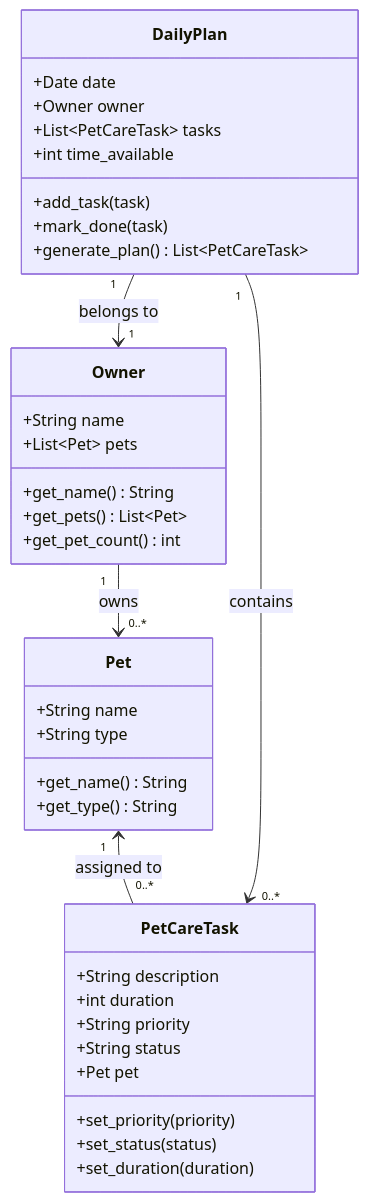
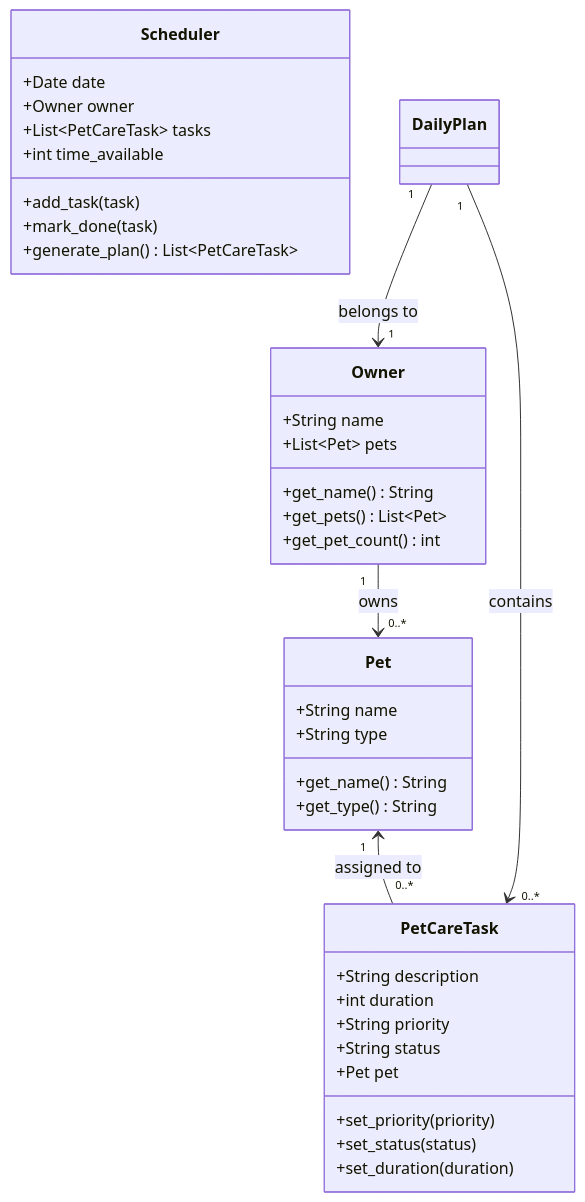
Before and after one commit to stephanyTF/wk4-pawPal: the diagram in mermaid file uml.md, drawn with Mermaid. The commit also changed 1 other file, not shown here.

Commit message:
added pawpal py

````diff
--- a/mermaid file uml.md
+++ b/mermaid file uml.md
@@ -1,43 +1,43 @@
 ```mermaid
 classDiagram
     class Owner {
         +String name
         +List~Pet~ pets
         +get_name() String
         +get_pets() List~Pet~
         +get_pet_count() int
     }
 
     class Pet {
         +String name
         +String type
         +get_name() String
         +get_type() String
     }
 
     class PetCareTask {
         +String description
         +int duration
         +String priority
         +String status
         +Pet pet
         +set_priority(priority)
         +set_status(status)
         +set_duration(duration)
     }
 
-    class DailyPlan {
+    class Scheduler {
         +Date date
         +Owner owner
         +List~PetCareTask~ tasks
         +int time_available
         +add_task(task)
         +mark_done(task)
         +generate_plan() List~PetCareTask~
     }
 
     Owner "1" --> "0..*" Pet : owns
     Pet "1" <-- "0..*" PetCareTask : assigned to
     DailyPlan "1" --> "1" Owner : belongs to
     DailyPlan "1" --> "0..*" PetCareTask : contains
 ```
````
